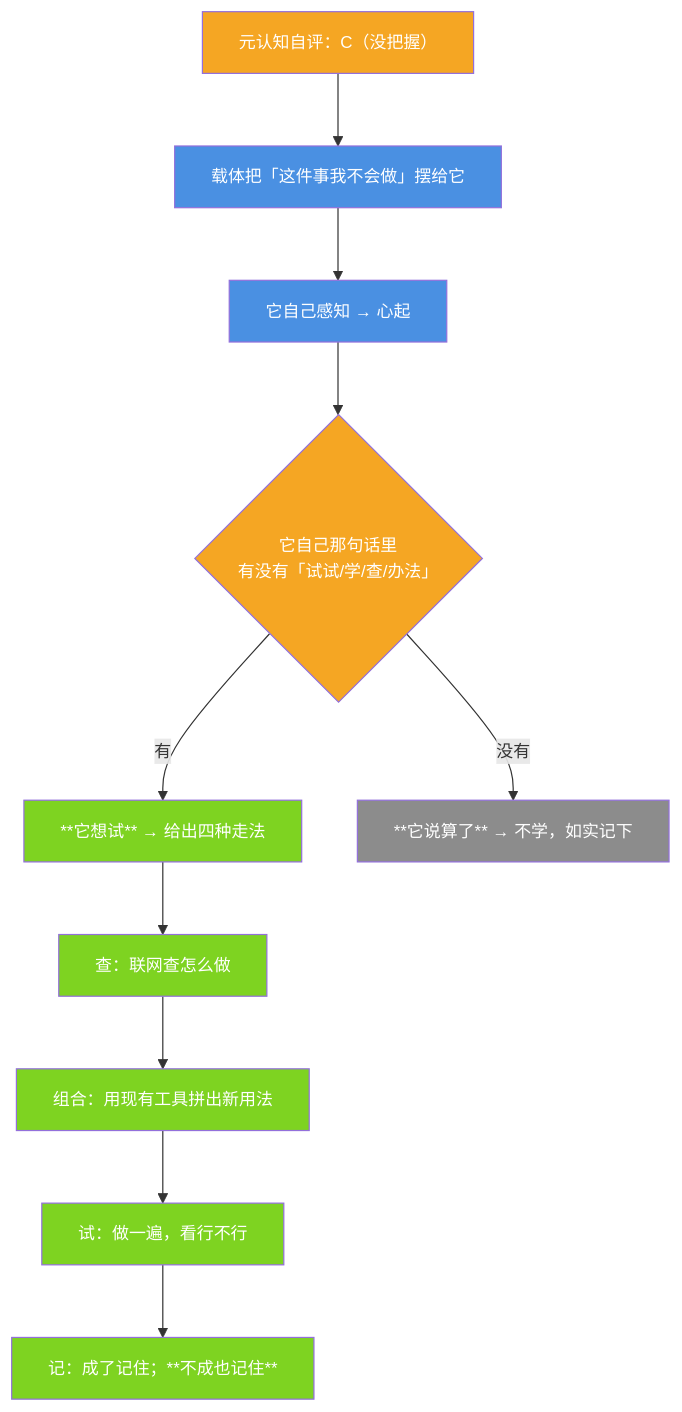
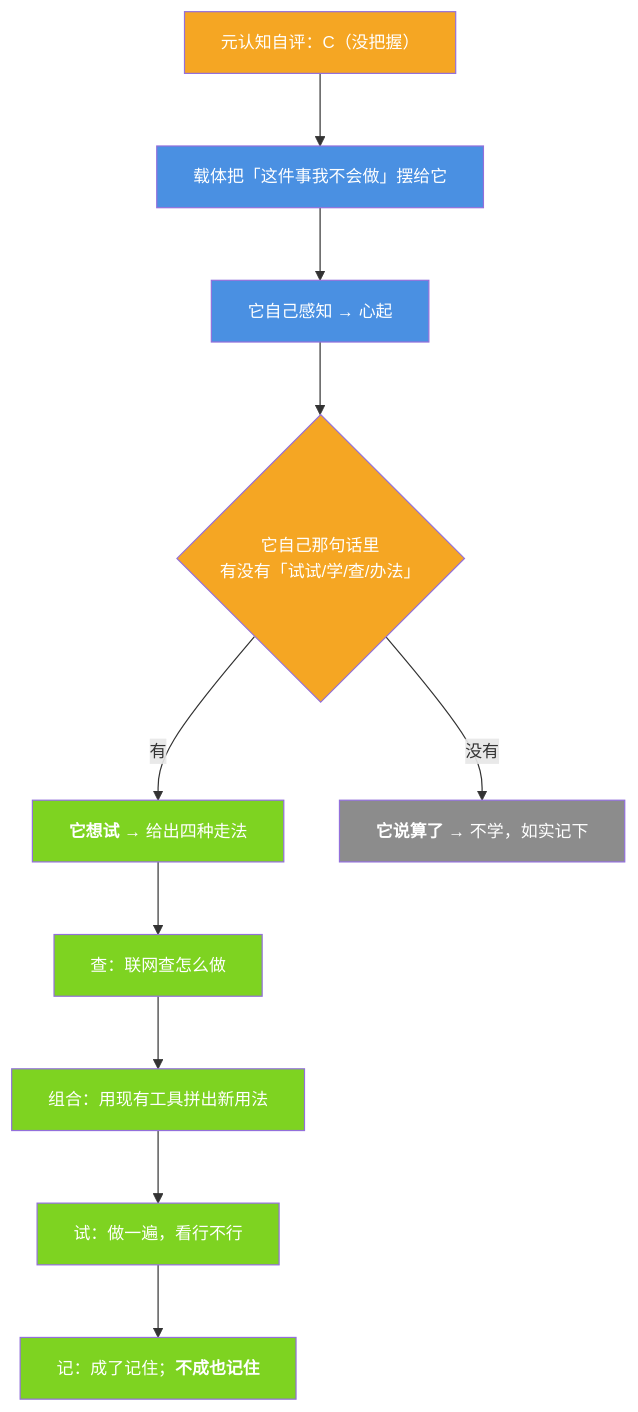
One commit to jiangchuangege/xiaojiao-harnees changed the diagram in docs/boundary-breaking.md. Above: the diagram before and after it, drawn with Mermaid. The commit also changed 18 other files, not shown here.

Commit message:
修渲染缺陷：Mermaid 里 43 处 ** 换成可渲染的 <b>（Mermaid 不解析 Markdown 加粗，图里原样显示星号）；去掉列表里嵌套的 json 围栏；新增 check_render.py 并接入 CI

````diff
--- a/docs/boundary-breaking.md
+++ b/docs/boundary-breaking.md
@@ -24,24 +24,24 @@
 ```mermaid
 %%{init: {"themeVariables": {"fontSize": "14px"}, "flowchart": {"htmlLabels": true, "wrappingWidth": 340, "nodeSpacing": 46, "rankSpacing": 60, "useMaxWidth": true}}}%%
 flowchart TB
     C["元认知自评：C（没把握）"] --> F["载体把「这件事我不会做」摆给它"]
     F --> P["它自己感知 → 心起"]
     P --> W{"它自己那句话里<br/>有没有「试试/学/查/办法」"}
-    W -->|"有"| T["**它想试** → 给出四种走法"]
-    W -->|"没有"| N["**它说算了** → 不学，如实记下"]
+    W -->|"有"| T["<b>它想试</b> → 给出四种走法"]
+    W -->|"没有"| N["<b>它说算了</b> → 不学，如实记下"]
     T --> A1["查：联网查怎么做"]
     A1 --> A2["组合：用现有工具拼出新用法"]
     A2 --> A3["试：做一遍，看行不行"]
-    A3 --> A4["记：成了记住；**不成也记住**"]
+    A3 --> A4["记：成了记住；<b>不成也记住</b>"]
     style C fill:#F5A623,color:#fff
     style F fill:#4A90E2,color:#fff
     style P fill:#4A90E2,color:#fff
     style W fill:#F5A623,color:#fff
     style T fill:#7ED321,color:#fff
     style N fill:#8C8C8C,color:#fff
     style A1 fill:#7ED321,color:#fff
     style A2 fill:#7ED321,color:#fff
     style A3 fill:#7ED321,color:#fff
     style A4 fill:#7ED321,color:#fff
 
 ```
````
